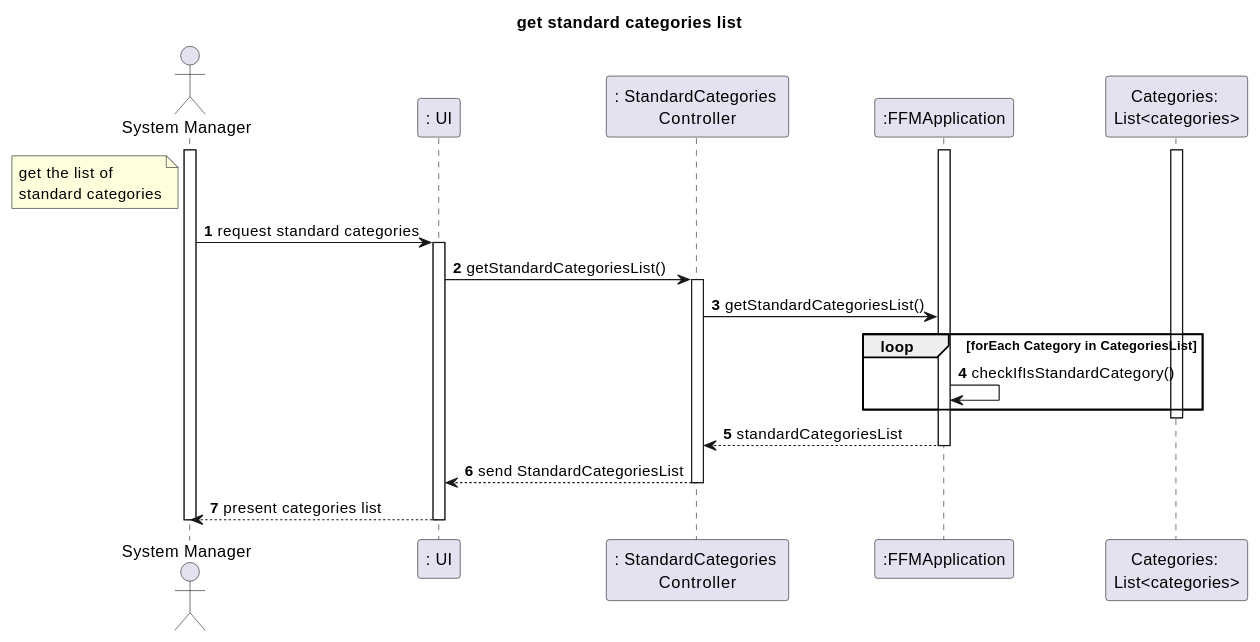
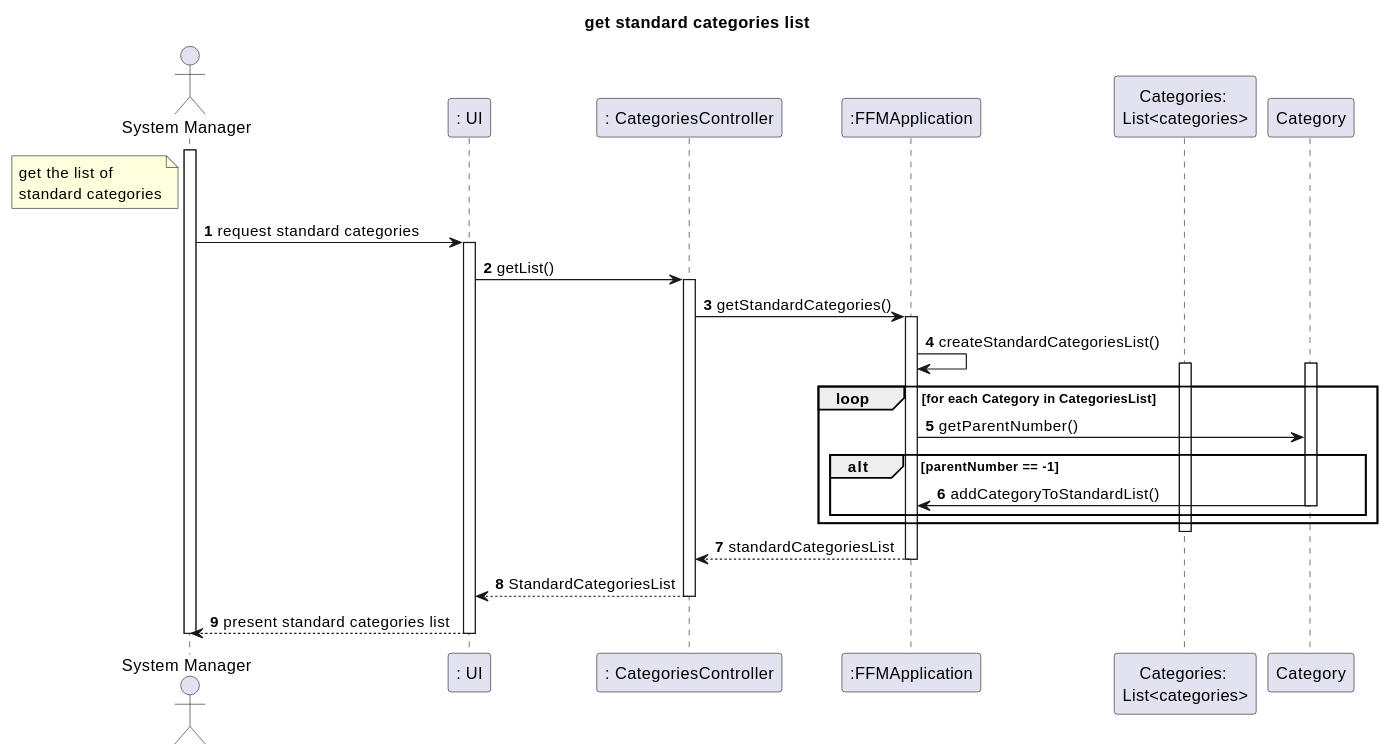
One commit to tomas-osswald/switch_2020_g3 changed the first of 3 diagrams in docs/Get Standard Categories US002.md. Above: the diagram before and after it, drawn with PlantUML. The commit also changed other lines of this file and 8 other files, not shown here.

`````diff
--- a/docs/Get Standard Categories US002.md
+++ b/docs/Get Standard Categories US002.md
@@ -38,34 +32,39 @@
 ````puml
 autonumber
 title get standard categories list
 actor "System Manager" as systemManager
 participant ": UI" as ui
-participant ": StandardCategories \nController" as controller
+participant ": CategoriesController" as controller
 participant ":FFMApplication" as app
 participant "Categories: \nList<categories>" as list
+participant "Category" as category
 
 note left of systemManager:  get the list of \nstandard categories
 activate systemManager
 systemManager -> ui : request standard categories
 activate ui
-ui -> controller : getStandardCategoriesList()
+ui -> controller : getList()
 activate controller
-controller -> app : getStandardCategoriesList()
-loop forEach Category in CategoriesList
-app -> app : checkIfIsStandardCategory()
+controller -> app : getStandardCategories()
+activate app
+app -> app : createStandardCategoriesList()
+loop for each Category in CategoriesList
+activate list
+activate category
+
+app -> category : getParentNumber()
+alt parentNumber == -1
+category -> app : addCategoryToStandardList()
+deactivate category
 end
-activate app
-
-activate list
-
-
+end
 deactivate list
 app --> controller : standardCategoriesList
 deactivate app
-controller --> ui :send StandardCategoriesList
+controller --> ui :StandardCategoriesList
 deactivate controller
-ui --> systemManager : present categories list
+ui --> systemManager : present standard categories list
 deactivate ui
 deactivate systemManager
 @enduml
 ````
`````
